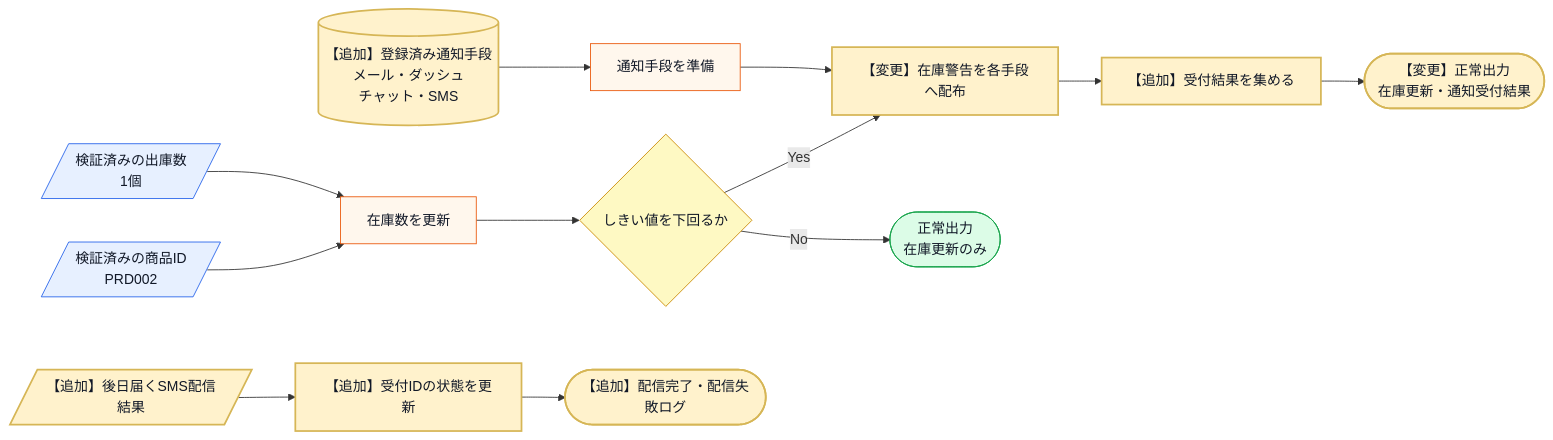
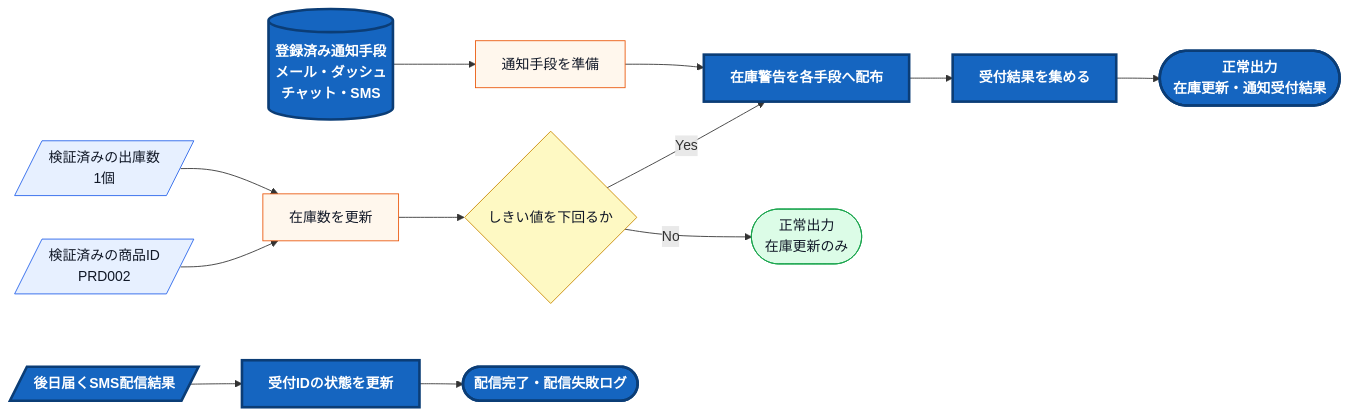
The fifth of 11 diagrams in kindle/design-patterns/output/chapter07.md (kumachan1101-pixel/DesignPattern), drawn with Mermaid before and after one commit. The commit also changed 19 other files, not shown here.

First line of the commit message:
図の変更箇所を色で示し、変更前後の対比の説明構造をそろえる

````diff
--- a/kindle/design-patterns/output/chapter07.md
+++ b/kindle/design-patterns/output/chapter07.md
@@ -854,22 +854,22 @@
 ```mermaid
 flowchart LR
     A[/検証済みの商品ID<br>PRD002/]:::input --> G[在庫数を更新]:::process
     C[/検証済みの出庫数<br>1個/]:::input --> G
-    E[(【追加】登録済み通知手段<br>メール・ダッシュ<br>チャット・SMS)]:::data --> F[通知手段を準備]:::process
+    E[(登録済み通知手段<br>メール・ダッシュ<br>チャット・SMS)]:::data --> F[通知手段を準備]:::process
     G --> H{しきい値を下回るか}:::decision
-    H -->|Yes| I[【変更】在庫警告を各手段へ配布]:::process
+    H -->|Yes| I[在庫警告を各手段へ配布]:::process
     F --> I
-    I --> L[【追加】受付結果を集める]:::process
-    L --> K([【変更】正常出力<br>在庫更新・通知受付結果]):::normal
+    I --> L[受付結果を集める]:::process
+    L --> K([正常出力<br>在庫更新・通知受付結果]):::normal
     H -->|No| J([正常出力<br>在庫更新のみ]):::normal
-    S[/【追加】後日届くSMS配信結果/]:::input --> O[【追加】受付IDの状態を更新]:::process
-    O --> P([【追加】配信完了・配信失敗ログ]):::normal
+    S[/後日届くSMS配信結果/]:::input --> O[受付IDの状態を更新]:::process
+    O --> P([配信完了・配信失敗ログ]):::normal
 
     classDef data fill:#ecfeff,stroke:#0891b2,color:#111827;
     classDef input fill:#e7f0ff,stroke:#2563eb,color:#111827;
     classDef process fill:#fff7ed,stroke:#ea580c,color:#111827;
     classDef decision fill:#fef9c3,stroke:#ca8a04,color:#111827;
     classDef normal fill:#dcfce7,stroke:#16a34a,color:#111827;
-    classDef changed fill:#fff2cc,stroke:#d6b656,stroke-width:2px,color:#111827;
+    classDef changed fill:#1565c0,stroke:#0b3d76,stroke-width:3px,color:#ffffff,font-weight:bold;
     class E,I,L,K,S,O,P changed;
 ```
````
